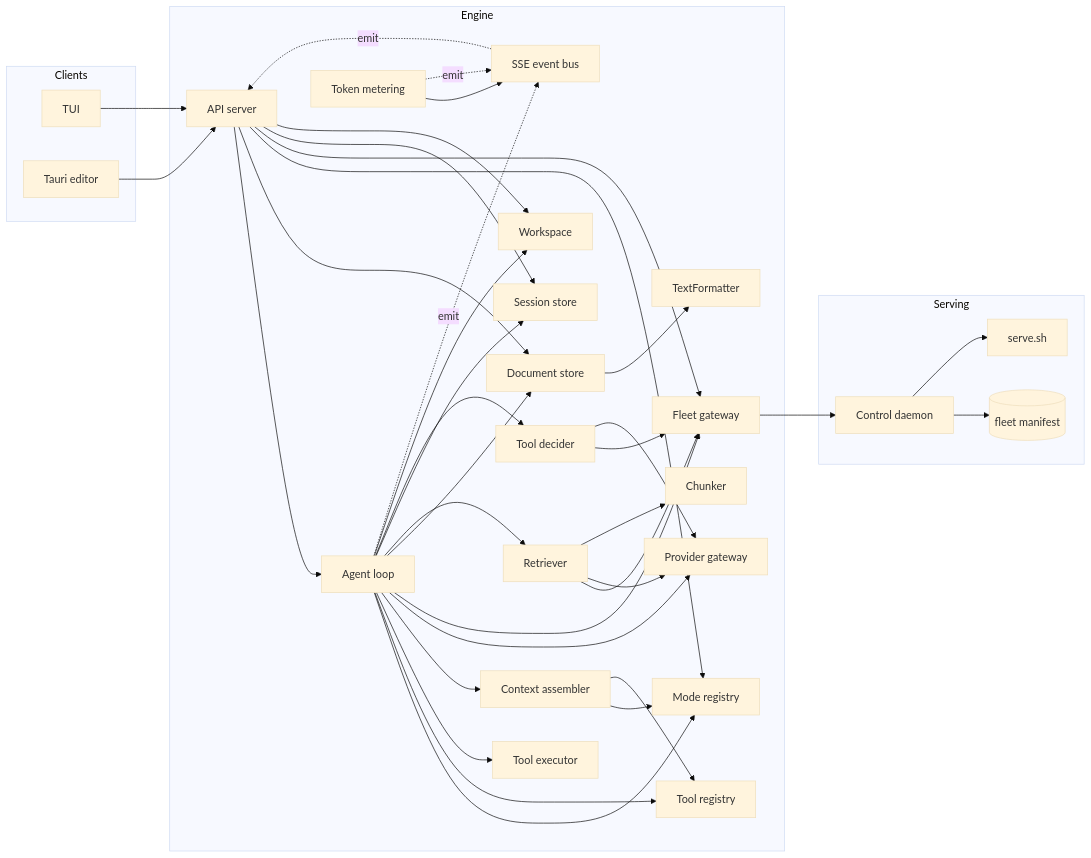
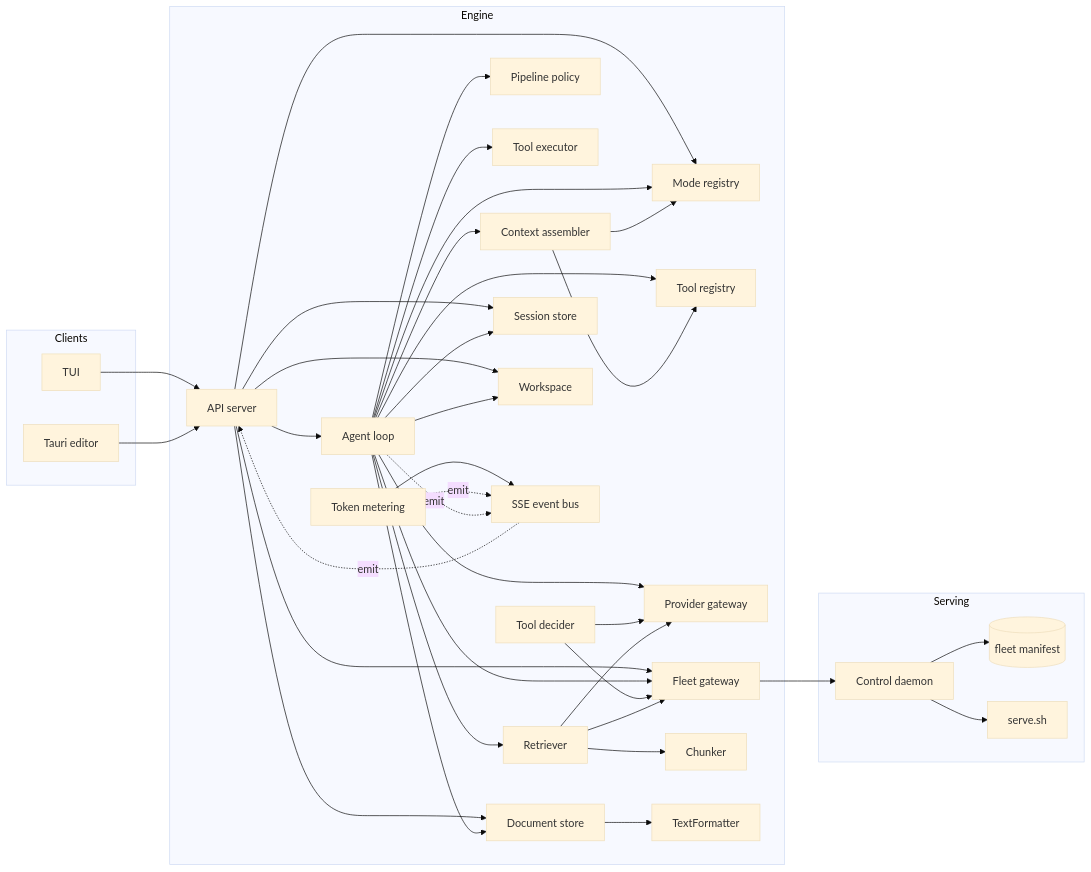
Before and after one commit to Snorre98/texteditor: the diagram in docs/writing-assistant/contracts/module-boundaries.md, drawn with Mermaid (base theme). The commit also changed other lines of this file and 49 other files, not shown here.

````diff
--- a/docs/writing-assistant/contracts/module-boundaries.md
+++ b/docs/writing-assistant/contracts/module-boundaries.md
@@ -61,66 +62,67 @@
 ```mermaid
 flowchart LR
     subgraph clients[Clients]
         TUI[TUI]
         Tauri[Tauri editor]
     end
     subgraph engine[Engine]
         API[API server]
         Loop[Agent loop]
         Assembler[Context assembler]
         Mode[Mode registry]
+        Pipeline[Pipeline policy]
         ToolReg[Tool registry]
         ToolExec[Tool executor]
         Decider[Tool decider]
         Prov[Provider gateway]
         Fleet[Fleet gateway]
         Meter[Token metering]
         Retriever[Retriever]
         Chunker[Chunker]
         TextFormatter[TextFormatter]
         Doc[Document store]
         Sess[Session store]
         WS[Workspace]
         Bus[SSE event bus]
     end
     subgraph serving[Serving]
         Daemon[Control daemon]
         Manifest[(fleet manifest)]
         Exec[serve.sh]
     end
 
     TUI --> API
     Tauri --> API
     API --> Loop
     API --> Doc
     API --> Mode
     API --> Fleet
     API --> Sess
     Loop --> Mode
+    Loop --> Pipeline
     Loop --> ToolReg
     Loop --> ToolExec
     Loop --> Assembler
     Loop --> Prov
     Loop --> Fleet
     Loop --> Doc
     Loop --> Retriever
     Loop --> Sess
-    Loop --> Decider
     Decider --> Fleet
     Decider --> Prov
     Assembler --> Mode
     Assembler --> ToolReg
     Retriever --> Fleet
     Retriever --> Prov
     Retriever --> Chunker
     Doc --> TextFormatter
     API --> WS
     Loop --> WS
     Meter --> Bus
     Fleet --> Daemon
     Daemon --> Manifest
     Daemon --> Exec
     Bus -.emit.-> API
     Meter -.emit.-> Bus
     Loop -.emit.-> Bus
 ```
````
